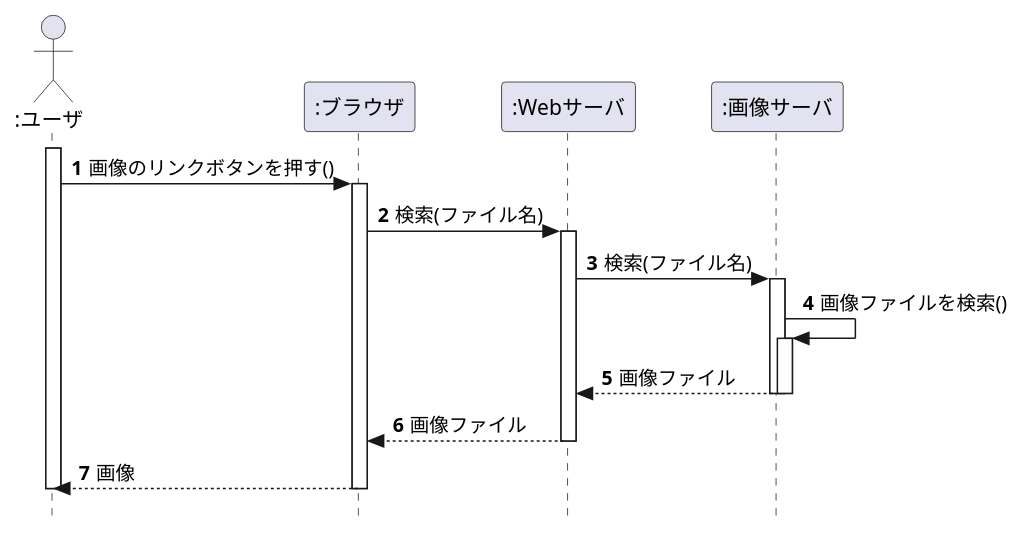
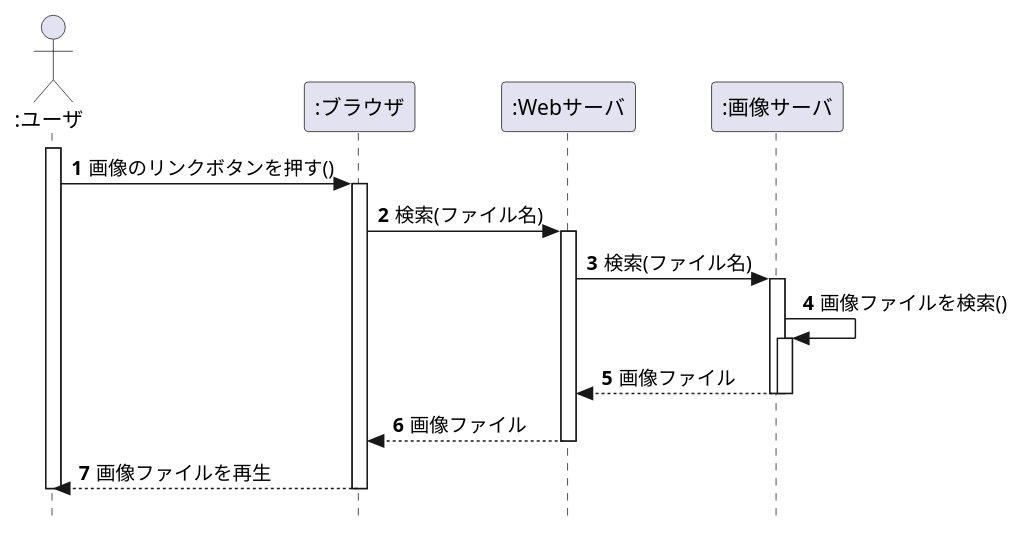
The diagram in 演習4-6_SD_Web画像検索.pu (Tackey-11/uml-intro), drawn with PlantUML before and after one commit.

Commit message:
4-6を修正

```diff
--- a/演習4-6_SD_Web画像検索.pu
+++ b/演習4-6_SD_Web画像検索.pu
@@ -1,35 +1,35 @@
 @startuml 演習4-6シーケンス図
 hide footbox
 autonumber
 skinparam style strictuml
 
 actor ":ユーザ" as user
 participant ":ブラウザ" as browser
 participant ":Webサーバ" as WebServer
 participant ":画像サーバ" as ImageServer
 
 activate user
 user -> browser:画像のリンクボタンを押す()
     activate browser
     browser -> WebServer:検索(ファイル名)
 
         activate WebServer
         WebServer -> ImageServer:検索(ファイル名)
 
             activate ImageServer
             ImageServer -> ImageServer:画像ファイルを検索()
 
                 activate ImageServer
                 WebServer <-- ImageServer:画像ファイル
                 deactivate ImageServer
             
             deactivate ImageServer
         
         browser <-- WebServer:画像ファイル
         deactivate WebServer
 
-    user <-- browser:画像
+    user <-- browser:画像ファイルを再生
     deactivate browser
 
 deactivate user
 @enduml
```
